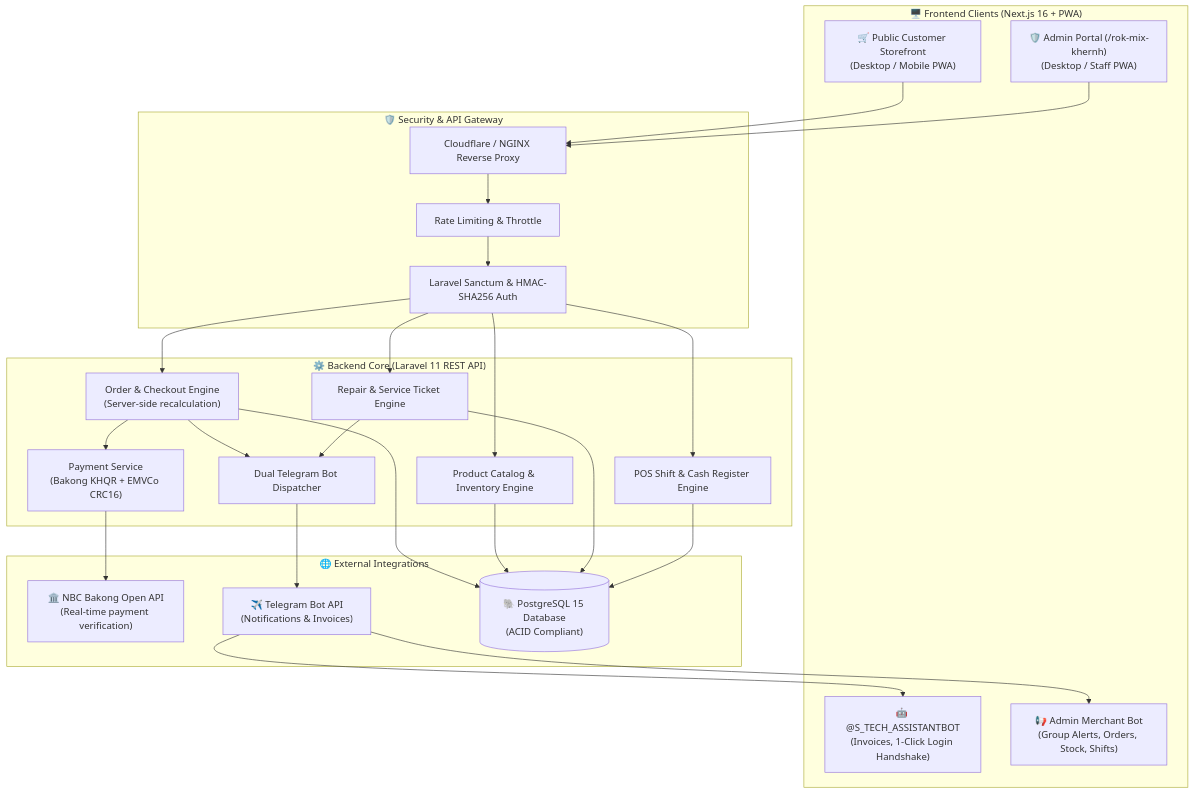
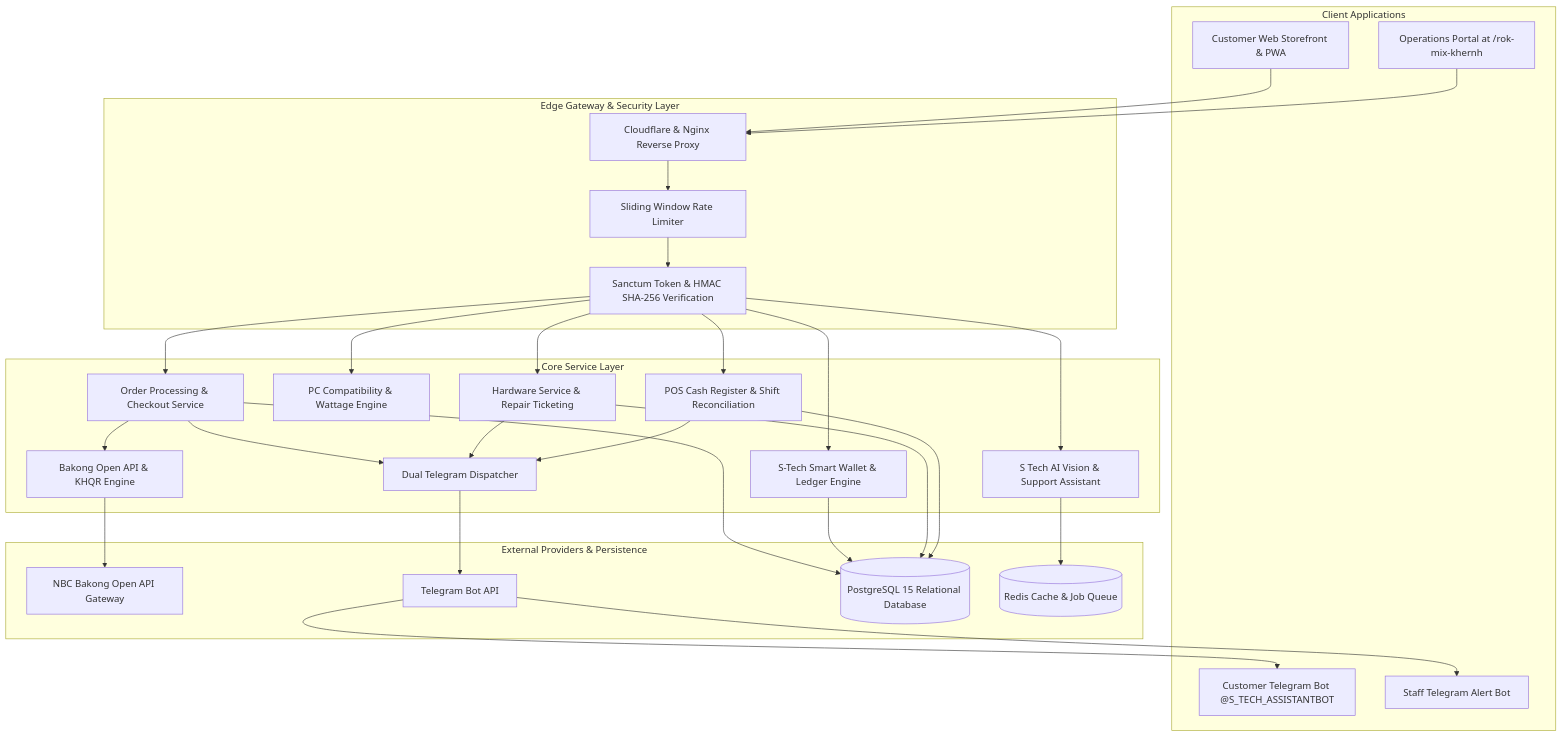
The diagram in README.md (Rotananob/S_Tech_Store-Project), drawn with Mermaid before and after one commit. The commit also changed other lines of this file, not shown here.

Commit message:
docs: rewrite README with authoritative engineering architecture and clean formatting

````diff
--- a/README.md
+++ b/README.md
@@ -25,52 +9,60 @@
 ```mermaid
-graph TD
-    subgraph ClientLayer["🖥️ Frontend Clients (Next.js 16 + PWA)"]
-        CustomerWeb["🛒 Public Customer Storefront\n(Desktop / Mobile PWA)"]
-        CustomerBot["🤖 @S_TECH_ASSISTANTBOT\n(Invoices, 1-Click Login Handshake)"]
-        AdminPortal["🛡️ Admin Portal (/rok-mix-khernh)\n(Desktop / Staff PWA)"]
-        MerchantBot["📢 Admin Merchant Bot\n(Group Alerts, Orders, Stock, Shifts)"]
+flowchart TD
+    subgraph Clients["Client Applications"]
+        WebStore["Customer Web Storefront & PWA"]
+        CustBot["Customer Telegram Bot @S_TECH_ASSISTANTBOT"]
+        OpsPortal["Operations Portal at /rok-mix-khernh"]
+        StaffBot["Staff Telegram Alert Bot"]
     end
 
-    subgraph SecurityLayer["🛡️ Security & API Gateway"]
-        WAF["Cloudflare / NGINX Reverse Proxy"]
-        RateLimit["Rate Limiting & Throttle"]
-        Sanctum["Laravel Sanctum & HMAC-SHA256 Auth"]
+    subgraph Gateway["Edge Gateway & Security Layer"]
+        ReverseProxy["Cloudflare & Nginx Reverse Proxy"]
+        Throttle["Sliding Window Rate Limiter"]
+        AuthGuards["Sanctum Token & HMAC SHA-256 Verification"]
     end
 
-    subgraph BackendLayer["⚙️ Backend Core (Laravel 11 REST API)"]
-        OrderEngine["Order & Checkout Engine\n(Server-side recalculation)"]
-        PaymentEngine["Payment Service\n(Bakong KHQR + EMVCo CRC16)"]
-        CatalogEngine["Product Catalog & Inventory Engine"]
-        RepairEngine["Repair & Service Ticket Engine"]
-        ShiftEngine["POS Shift & Cash Register Engine"]
-        TelegramService["Dual Telegram Bot Dispatcher"]
+    subgraph Application["Core Service Layer"]
+        CheckoutSvc["Order Processing & Checkout Service"]
+        PaymentSvc["Bakong Open API & KHQR Engine"]
+        PCBuilderSvc["PC Compatibility & Wattage Engine"]
+        WalletSvc["S-Tech Smart Wallet & Ledger Engine"]
+        RepairSvc["Hardware Service & Repair Ticketing"]
+        ShiftSvc["POS Cash Register & Shift Reconciliation"]
+        TelegramSvc["Dual Telegram Dispatcher"]
+        AISvc["S Tech AI Vision & Support Assistant"]
     end
 
-    subgraph ExternalServices["🌐 External Integrations"]
-        BakongAPI["🏛️ NBC Bakong Open API\n(Real-time payment verification)"]
-        TelegramAPI["✈️ Telegram Bot API\n(Notifications & Invoices)"]
-        PostgresDB[("🐘 PostgreSQL 15 Database\n(ACID Compliant)")]
+    subgraph Integrations["External Providers & Persistence"]
+        BakongAPI["NBC Bakong Open API Gateway"]
+        TelegramAPI["Telegram Bot API"]
+        PostgresDB[("PostgreSQL 15 Relational Database")]
+        RedisCache[("Redis Cache & Job Queue")]
     end
 
-    CustomerWeb --> WAF
-    AdminPortal --> WAF
-    WAF --> RateLimit --> Sanctum
-    Sanctum --> OrderEngine
-    Sanctum --> CatalogEngine
-    Sanctum --> RepairEngine
-    Sanctum --> ShiftEngine
+    WebStore --> ReverseProxy
+    OpsPortal --> ReverseProxy
+    ReverseProxy --> Throttle --> AuthGuards
+    
+    AuthGuards --> CheckoutSvc
+    AuthGuards --> PCBuilderSvc
+    AuthGuards --> WalletSvc
+    AuthGuards --> RepairSvc
+    AuthGuards --> ShiftSvc
+    AuthGuards --> AISvc
 
-    OrderEngine --> PaymentEngine
-    PaymentEngine --> BakongAPI
-    OrderEngine --> TelegramService
-    RepairEngine --> TelegramService
+    CheckoutSvc --> PaymentSvc
+    PaymentSvc --> BakongAPI
+    CheckoutSvc --> TelegramSvc
+    RepairSvc --> TelegramSvc
+    ShiftSvc --> TelegramSvc
 
-    TelegramService --> TelegramAPI
-    TelegramAPI --> CustomerBot
-    TelegramAPI --> MerchantBot
+    TelegramSvc --> TelegramAPI
+    TelegramAPI --> CustBot
+    TelegramAPI --> StaffBot
 
-    OrderEngine --> PostgresDB
-    CatalogEngine --> PostgresDB
-    RepairEngine --> PostgresDB
-    ShiftEngine --> PostgresDB
+    CheckoutSvc --> PostgresDB
+    WalletSvc --> PostgresDB
+    RepairSvc --> PostgresDB
+    ShiftSvc --> PostgresDB
+    AISvc --> RedisCache
 ```
````
